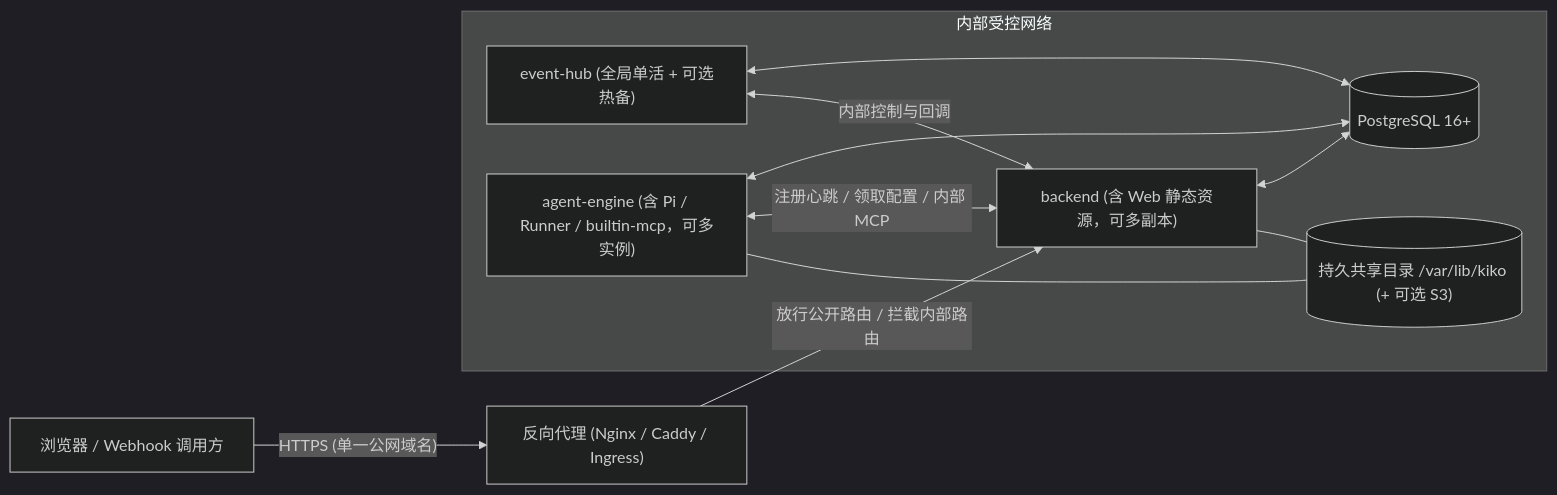
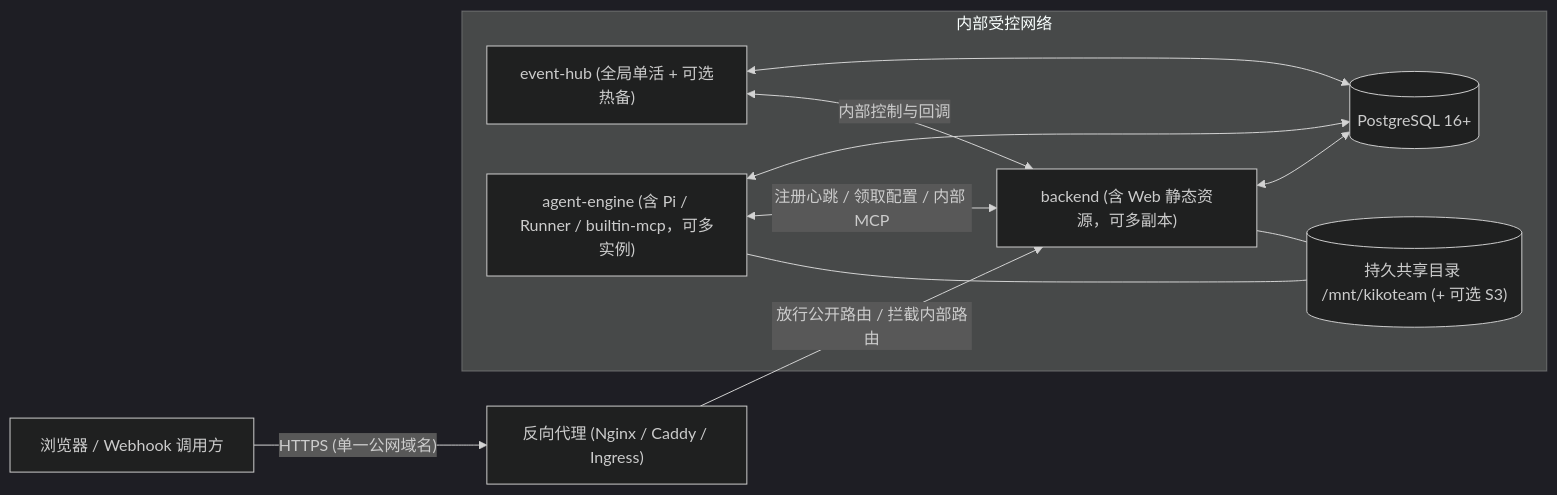
Before and after one commit to unrealm-ai/kikoteam: the diagram in docs/deployment.md, drawn with Mermaid (dark theme). The commit also changed other lines of this file and 74 other files, not shown here.

````diff
--- a/docs/deployment.md
+++ b/docs/deployment.md
@@ -9,15 +9,15 @@
 ```mermaid
 flowchart LR
     User["浏览器 / Webhook 调用方"] -->|"HTTPS (单一公网域名)"| Proxy["反向代理 (Nginx / Caddy / Ingress)"]
     Proxy -->|"放行公开路由 / 拦截内部路由"| Backend["backend (含 Web 静态资源，可多副本)"]
 
     subgraph Internal["内部受控网络"]
         Backend <--> PG[("PostgreSQL 16+")]
         Hub["event-hub (全局单活 + 可选热备)"] <--> PG
         Hub <-->|"内部控制与回调"| Backend
         Engine["agent-engine (含 Pi / Runner / builtin-mcp，可多实例)"] <--> PG
         Engine <-->|"注册心跳 / 领取配置 / 内部 MCP"| Backend
-        Backend --- SharedFS[("持久共享目录 /var/lib/kiko (+ 可选 S3)")]
+        Backend --- SharedFS[("持久共享目录 /mnt/kikoteam (+ 可选 S3)")]
         Engine --- SharedFS
     end
 ```
````
